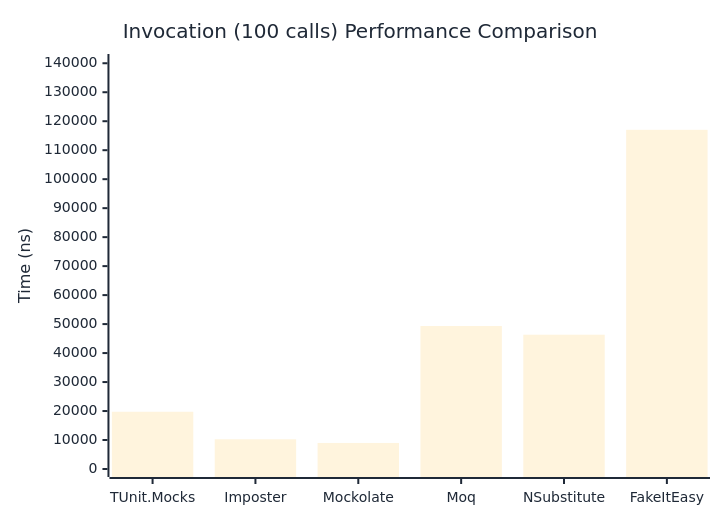
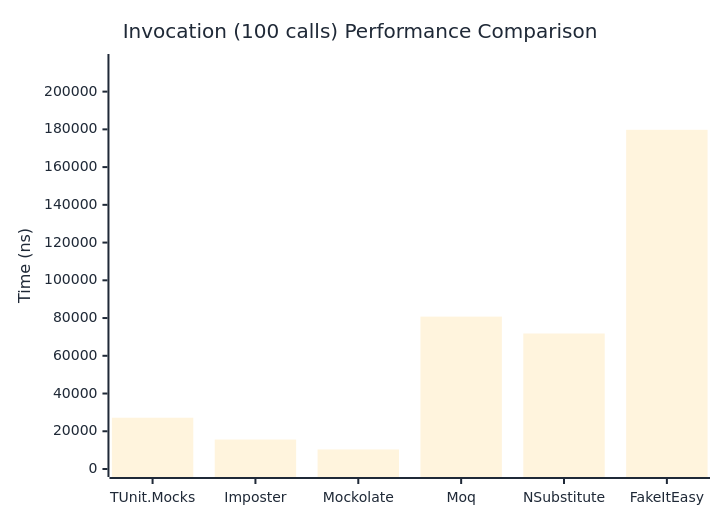
One commit to thomhurst/TUnit changed the third of 3 diagrams in docs/docs/benchmarks/mocks/Invocation.md. Above: the diagram before and after it, drawn with Mermaid. The commit also changed other lines of this file and 14 other files, not shown here.

````diff
--- a/docs/docs/benchmarks/mocks/Invocation.md
+++ b/docs/docs/benchmarks/mocks/Invocation.md
@@ -112,27 +112,27 @@
 ```mermaid
 %%{init: {
   'theme':'base',
   'themeVariables': {
     'primaryColor': '#2563eb',
     'primaryTextColor': '#1f2937',
     'primaryBorderColor': '#1e40af',
     'lineColor': '#6b7280',
     'secondaryColor': '#7c3aed',
     'tertiaryColor': '#dc2626',
     'background': '#ffffff',
     'pie1': '#2563eb',
     'pie2': '#7c3aed',
     'pie3': '#dc2626',
     'pie4': '#f59e0b',
     'pie5': '#10b981',
     'pie6': '#06b6d4',
     'pie7': '#ec4899',
     'pie8': '#6366f1'
   }
 }}%%
 xychart-beta
   title "Invocation (100 calls) Performance Comparison"
   x-axis ["TUnit.Mocks", "Imposter", "Mockolate", "Moq", "NSubstitute", "FakeItEasy"]
-  y-axis "Time (ns)" 0 --> 140431
-  bar [19754.04, 10259.62, 8989.01, 49331.31, 46336.55, 117025.79]
+  y-axis "Time (ns)" 0 --> 215701
+  bar [27178.86, 15614.1, 10357.34, 80766.57, 71815.65, 179750.77]
 ```
````
